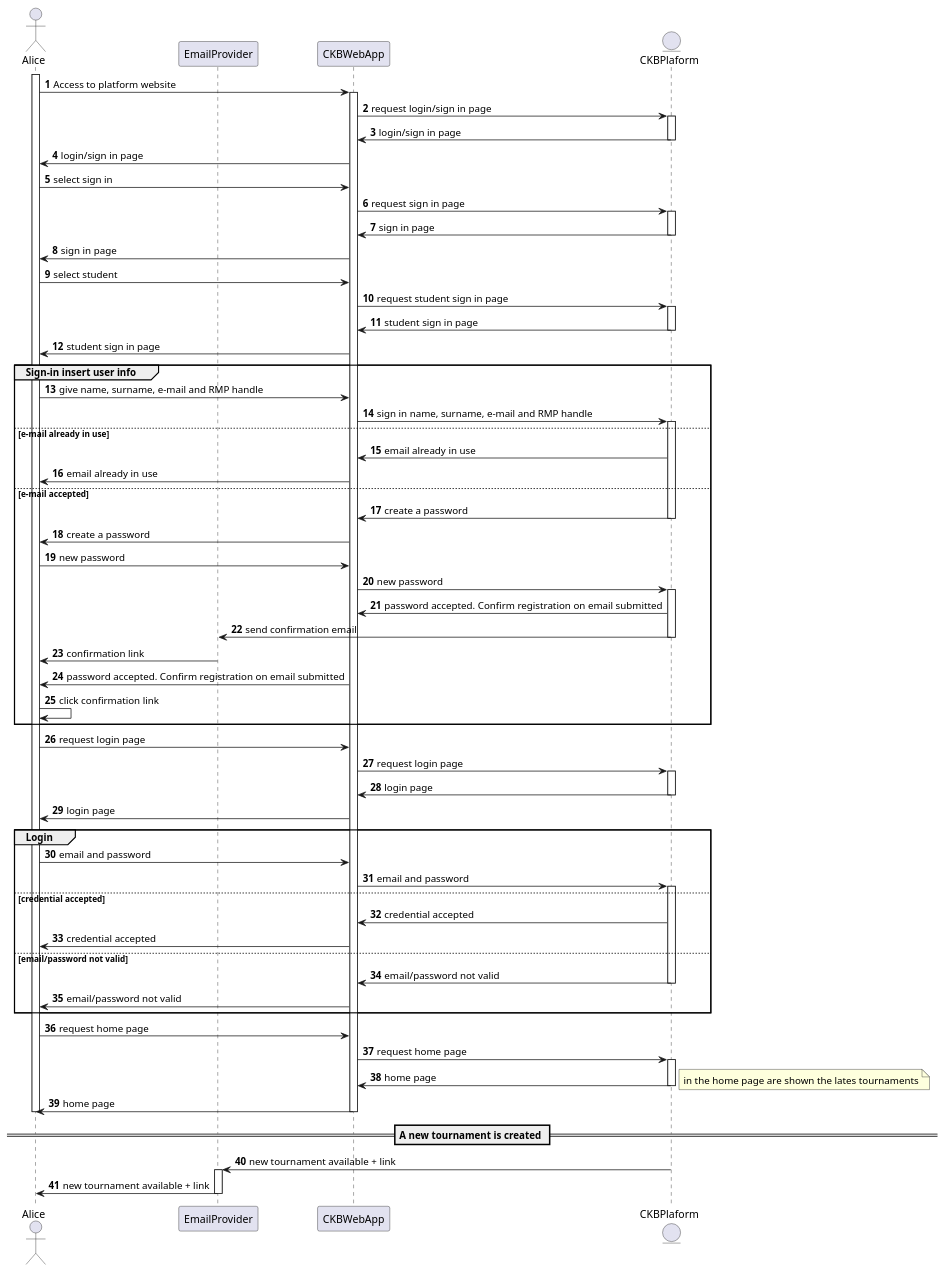
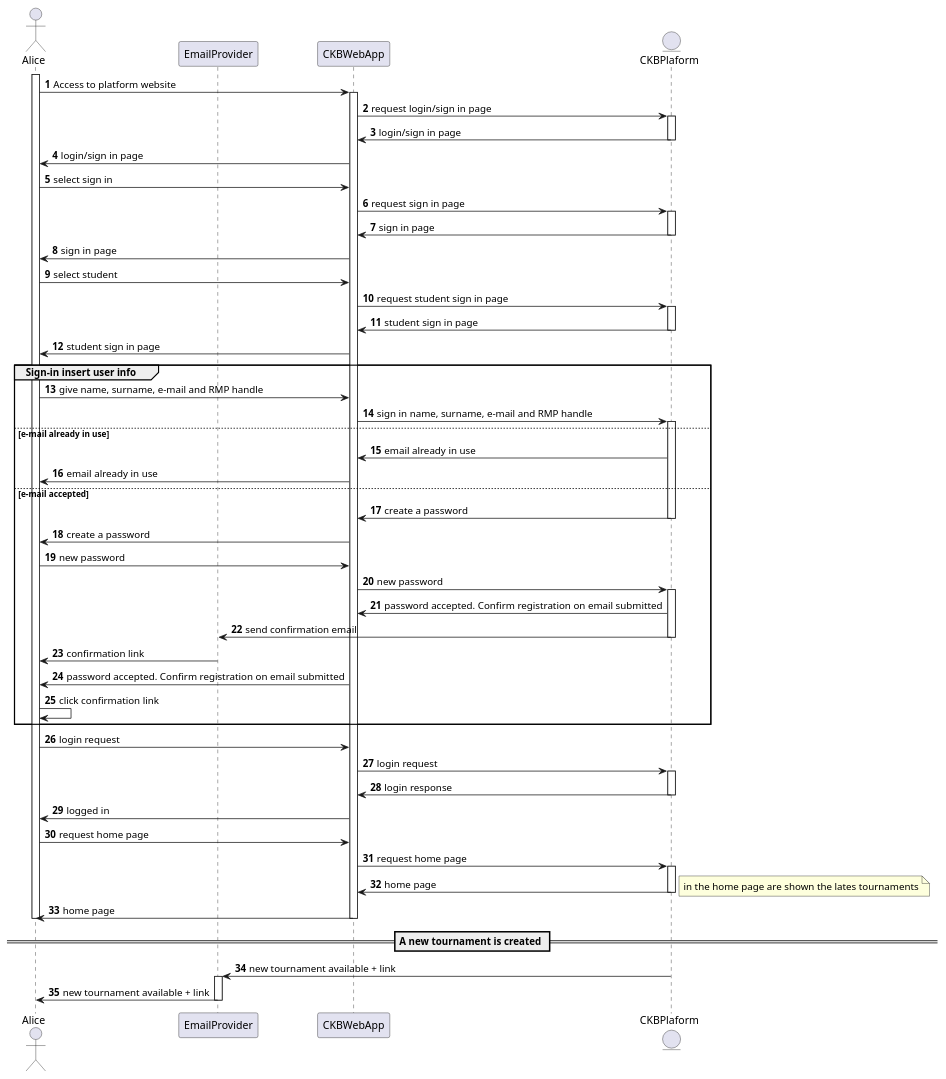
One commit to Angelo7672/SE2_Requirement-and-Design-Document changed the diagram in _RASD/Images/UML/sequenceDiagram/sequenceDiagramRegistration.wsd. Above: the diagram before and after it, drawn with PlantUML. The commit also changed 1 other file, not shown here.

Commit message:
SD Login, SD registration updated

```diff
--- a/_RASD/Images/UML/sequenceDiagram/sequenceDiagramRegistration.wsd
+++ b/_RASD/Images/UML/sequenceDiagram/sequenceDiagramRegistration.wsd
@@ -1,91 +1,78 @@
 @startuml
 
 autonumber
 
 actor Alice
 participant EmailProvider as Email
 participant CKBWebApp as App
 entity CKBPlaform as Platform
 
 activate Alice
 Alice -> App: Access to platform website
 activate App
 App -> Platform: request login/sign in page
 activate Platform
 Platform -> App: login/sign in page
 deactivate Platform
 App -> Alice: login/sign in page
 Alice -> App: select sign in
 App -> Platform: request sign in page
 activate Platform
 Platform -> App: sign in page
 deactivate Platform
 App -> Alice: sign in page
 Alice -> App: select student
 App -> Platform: request student sign in page
 activate Platform
 Platform -> App: student sign in page
 deactivate Platform
 App -> Alice: student sign in page
 
 group Sign-in insert user info
     Alice -> App: give name, surname, e-mail and RMP handle
     App -> Platform: sign in name, surname, e-mail and RMP handle
     activate Platform
 else e-mail already in use
     Platform -> App: email already in use
     App -> Alice: email already in use
 else e-mail accepted
     Platform -> App: create a password
     deactivate Platform
     App -> Alice: create a password
     Alice -> App: new password
     App -> Platform: new password
     activate Platform
     Platform -> App: password accepted. Confirm registration on email submitted
     Platform -> Email: send confirmation email
     deactivate Platform
     Email -> Alice: confirmation link
     App -> Alice: password accepted. Confirm registration on email submitted
     Alice -> Alice: click confirmation link
 end
 
-Alice -> App: request login page
-App -> Platform: request login page
+Alice -> App: login request
+App -> Platform: login request
 activate Platform
-Platform -> App: login page
+Platform -> App: login response 
 deactivate Platform
-App -> Alice: login page
-
-group Login
-    Alice -> App: email and password
-    App -> Platform: email and password
-    activate Platform
-else credential accepted
-    Platform -> App: credential accepted
-    App -> Alice: credential accepted
-else email/password not valid
-    Platform -> App: email/password not valid
-    deactivate Platform
-    App -> Alice: email/password not valid
-end
+App -> Alice: logged in
 
 Alice -> App: request home page
 App -> Platform: request home page
 activate Platform
 Platform -> App: home page
 deactivate Platform
 note right
     in the home page are shown the lates tournaments
 end note
 App -> Alice: home page
 deactivate App
 deactivate Alice
 
 == A new tournament is created ==
 Platform -> Email: new tournament available + link
 activate Email
 Email -> Alice: new tournament available + link
 deactivate Email
 
 @enduml
```
